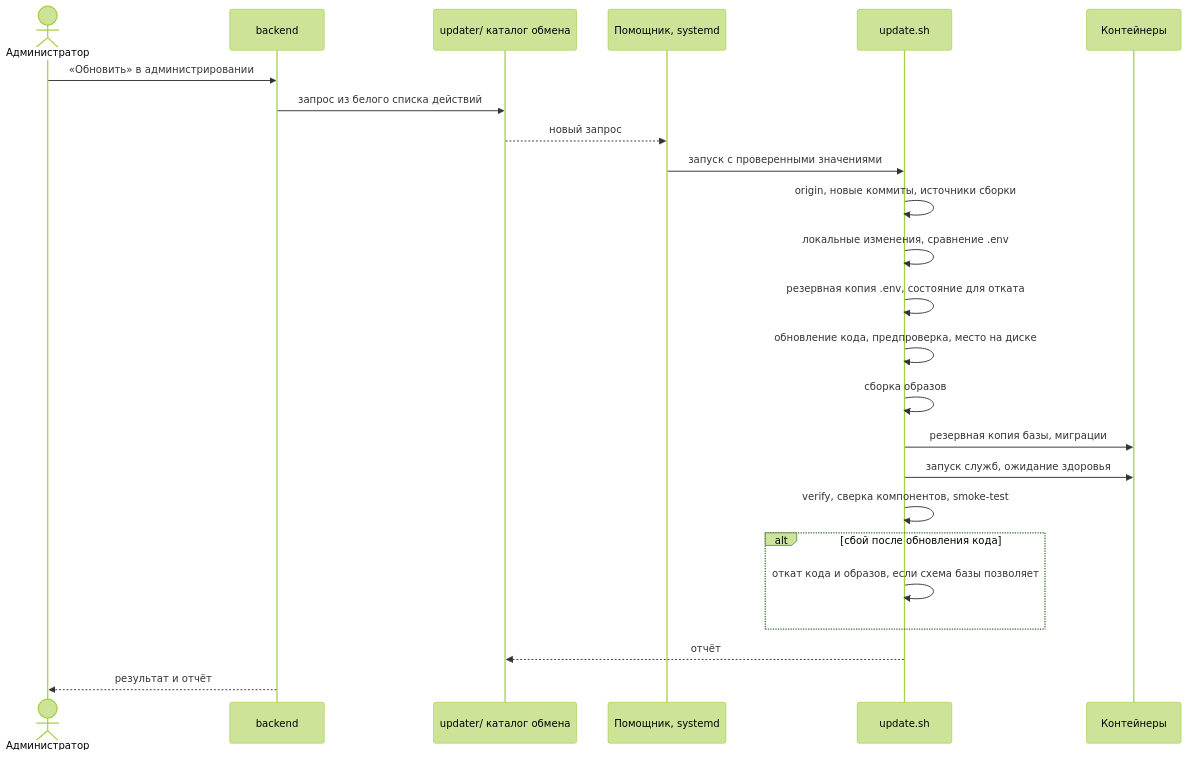
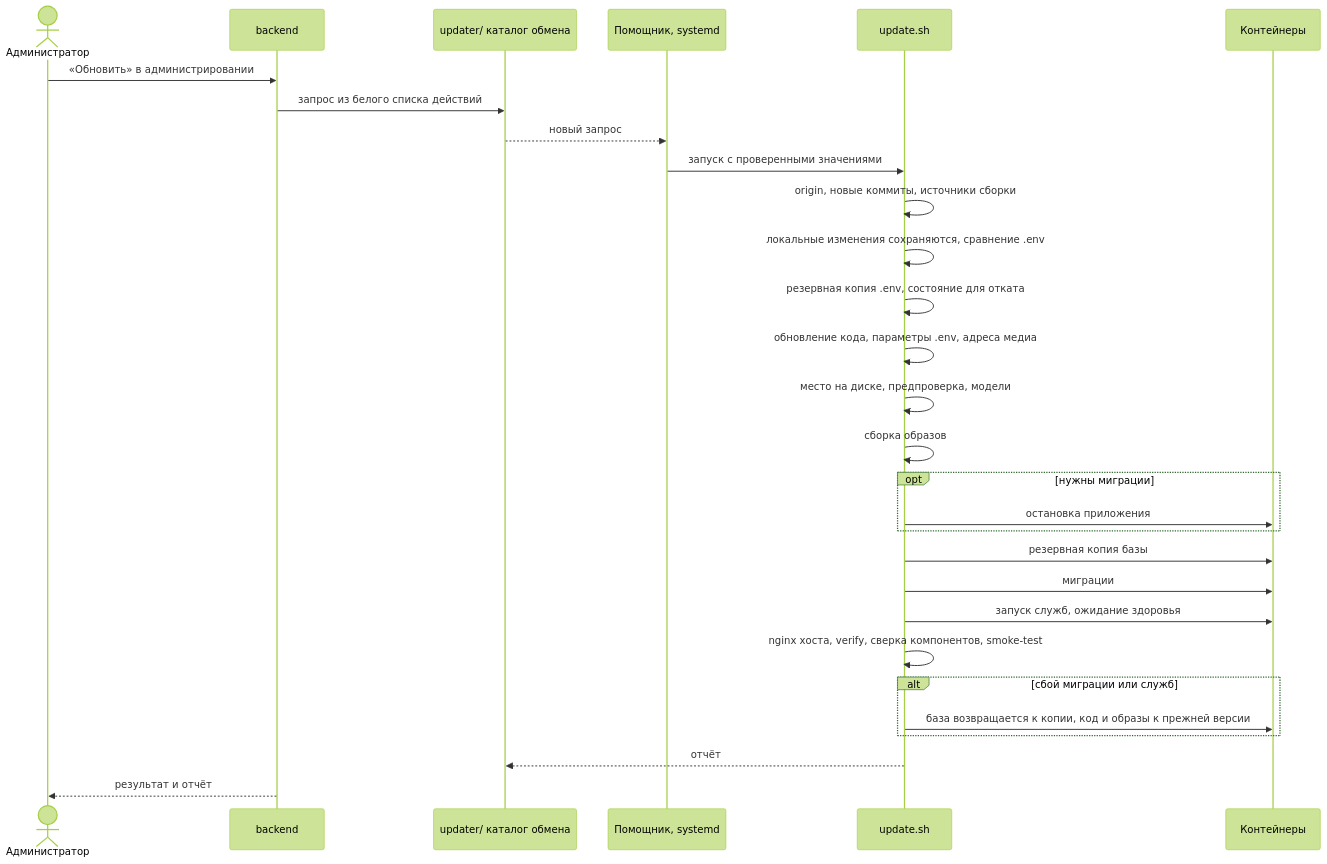
The first of 2 diagrams in wiki/Архитектура-Последовательности-обновления.md (calleograph/peregovorka), drawn with Mermaid (forest theme) before and after one commit. The commit also changed other lines of this file and 322 other files, not shown here.

````diff
--- a/wiki/Архитектура-Последовательности-обновления.md
+++ b/wiki/Архитектура-Последовательности-обновления.md
@@ -9,26 +9,31 @@
 ```mermaid
 sequenceDiagram
   actor A as Администратор
   participant B as backend
   participant D as updater/ каталог обмена
   participant H as Помощник, systemd
   participant U as update.sh
   participant C as Контейнеры
   A->>B: «Обновить» в администрировании
   B->>D: запрос из белого списка действий
   D-->>H: новый запрос
   H->>U: запуск с проверенными значениями
   U->>U: origin, новые коммиты, источники сборки
-  U->>U: локальные изменения, сравнение .env
+  U->>U: локальные изменения сохраняются, сравнение .env
   U->>U: резервная копия .env, состояние для отката
-  U->>U: обновление кода, предпроверка, место на диске
+  U->>U: обновление кода, параметры .env, адреса медиа
+  U->>U: место на диске, предпроверка, модели
   U->>U: сборка образов
-  U->>C: резервная копия базы, миграции
+  opt нужны миграции
+    U->>C: остановка приложения
+  end
+  U->>C: резервная копия базы
+  U->>C: миграции
   U->>C: запуск служб, ожидание здоровья
-  U->>U: verify, сверка компонентов, smoke-test
-  alt сбой после обновления кода
-    U->>U: откат кода и образов, если схема базы позволяет
+  U->>U: nginx хоста, verify, сверка компонентов, smoke-test
+  alt сбой миграции или служб
+    U->>C: база возвращается к копии, код и образы к прежней версии
   end
   U-->>D: отчёт
   B-->>A: результат и отчёт
 ```
````
